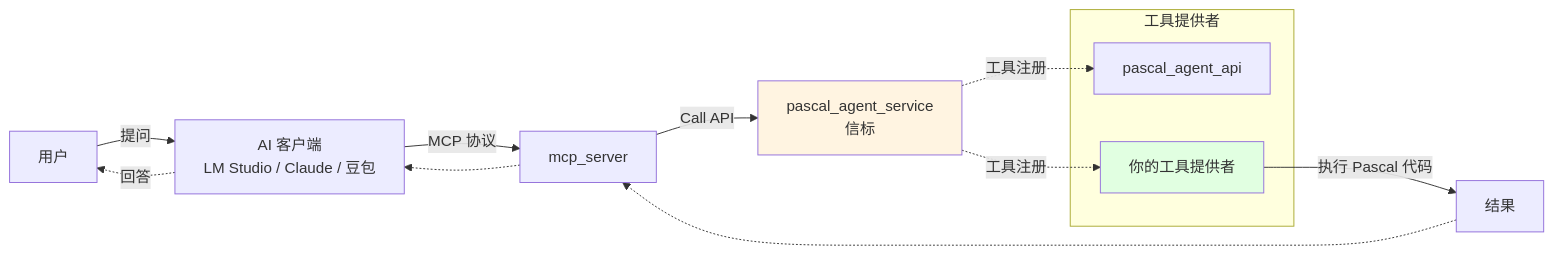
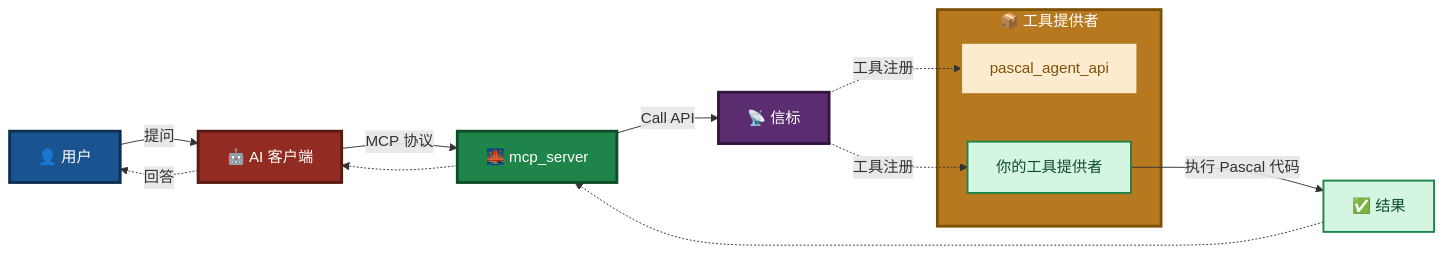
One commit to PassByYou888/LingoFuse-pasAgent changed the third of 16 diagrams in LingoFuse_Python_Binding_Migration_Record.md. Above: the diagram before and after it, drawn with Mermaid. The commit also changed other lines of this file, not shown here.

````diff
--- a/LingoFuse_Python_Binding_Migration_Record.md
+++ b/LingoFuse_Python_Binding_Migration_Record.md
@@ -113,21 +136,27 @@
 ```mermaid
-graph LR
-    User[用户] -->|提问| AI["AI 客户端<br/>LM Studio / Claude / 豆包"]
-    AI -->|MCP 协议| MCP["mcp_server"]
-    MCP -->|Call API| Beacon["pascal_agent_service<br/>信标"]
+flowchart LR
+    User["👤 用户"] -->|"提问"| AI["🤖 AI 客户端"]
+    AI -->|"MCP 协议"| MCP["🌉 mcp_server"]
+    MCP -->|"Call API"| Beacon["📡 信标"]
 
-    subgraph ToolProviders["工具提供者"]
-        ApiTool["pascal_agent_api"]
-        CustomTool["你的工具提供者"]
+    subgraph TOOLS["📦 工具提供者"]
+        A1["pascal_agent_api"]
+        A2["你的工具提供者"]
     end
 
-    Beacon -.->|工具注册| ApiTool
-    Beacon -.->|工具注册| CustomTool
-    CustomTool -->|执行 Pascal 代码| Result[结果]
+    Beacon -.->|"工具注册"| A1
+    Beacon -.->|"工具注册"| A2
+    A2 -->|"执行 Pascal 代码"| Result["✅ 结果"]
     Result -.-> MCP
     MCP -.-> AI
-    AI -.->|回答| User
+    AI -.->|"回答"| User
 
-    style Beacon fill:#fff4e1
-    style CustomTool fill:#e1ffe1
+    style User fill:#1A5490,stroke:#0D2F52,stroke-width:3px,color:#FFFFFF
+    style AI fill:#922B21,stroke:#5A1A14,stroke-width:3px,color:#FFFFFF
+    style MCP fill:#1E8449,stroke:#0E4D2A,stroke-width:3px,color:#FFFFFF
+    style Beacon fill:#5B2C6F,stroke:#321640,stroke-width:3px,color:#FFFFFF
+    style TOOLS fill:#B7791F,stroke:#7E5109,stroke-width:3px,color:#FFFFFF
+    style A1 fill:#FDEBD0,stroke:#B7791F,stroke-width:2px,color:#7E5109
+    style A2 fill:#D5F5E3,stroke:#1E8449,stroke-width:2px,color:#0E4D2A
+    style Result fill:#D5F5E3,stroke:#1E8449,stroke-width:2px,color:#0E4D2A
 ```
````
